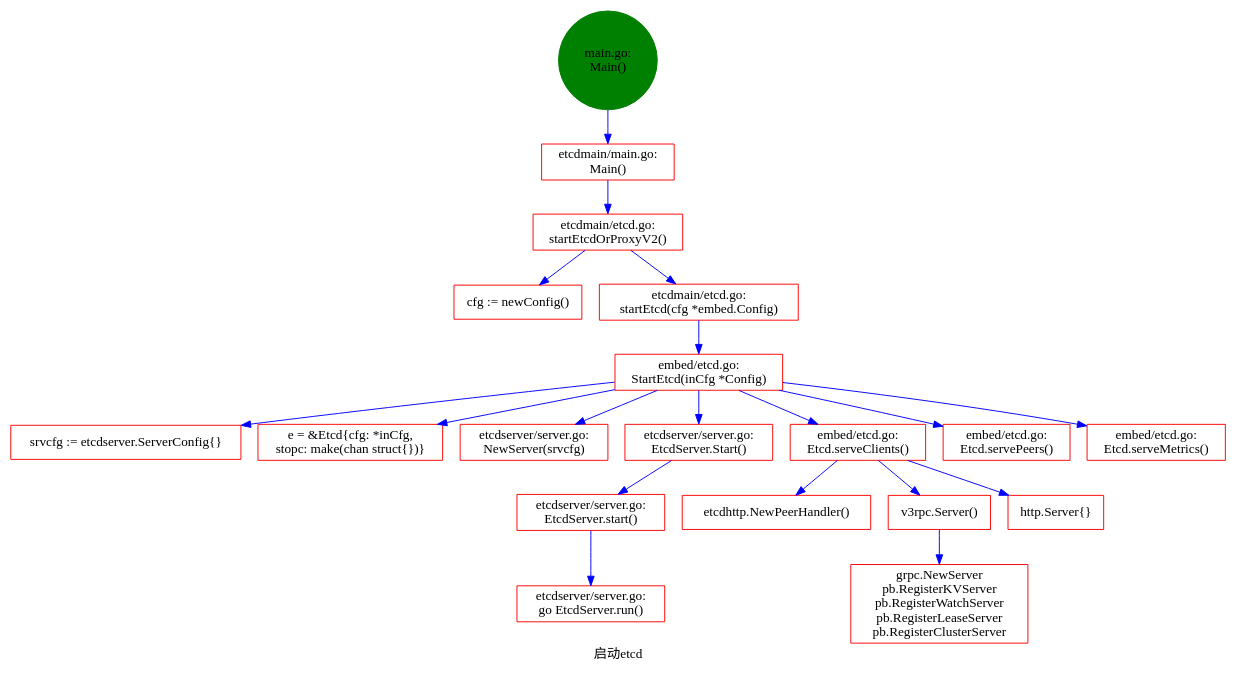
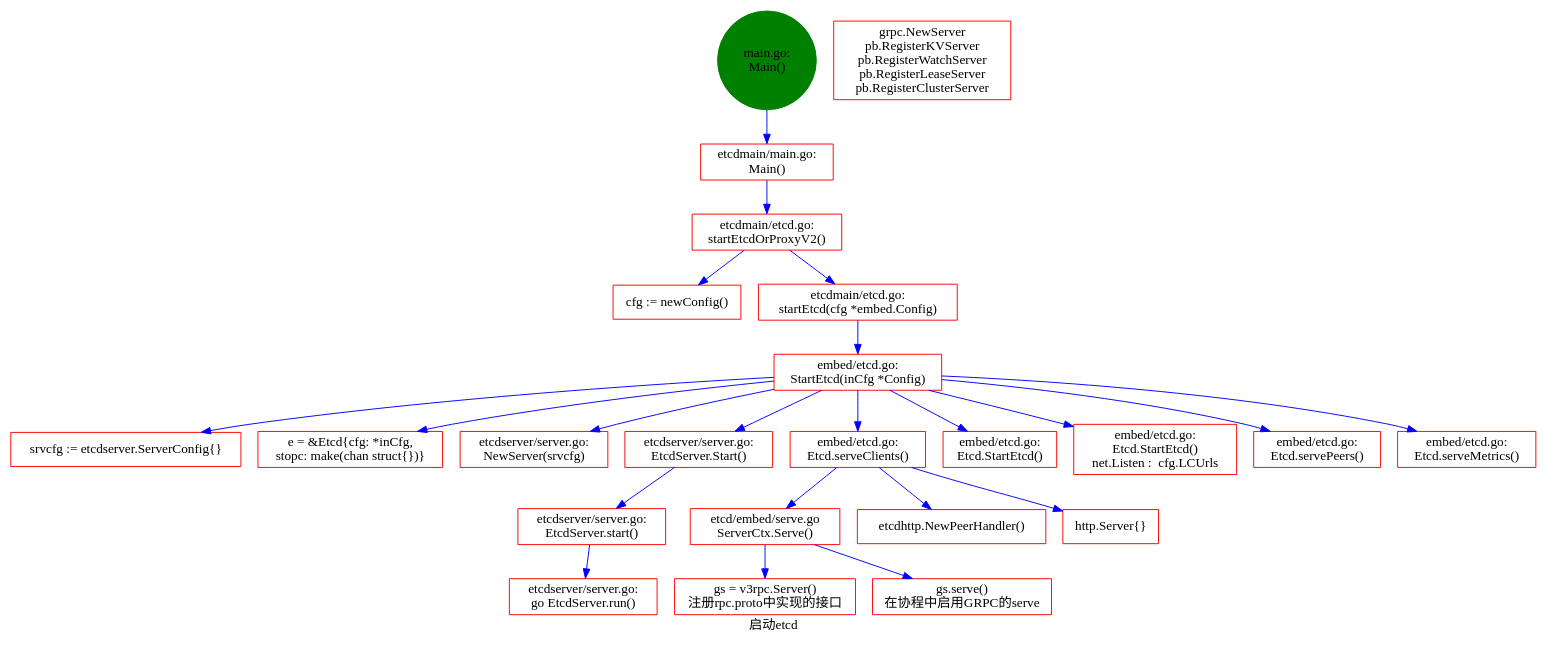
The diagram in etcd/images/etcd_dot/etcd_start.gv (wyg031113/plearn), drawn with Graphviz before and after one commit. The commit also changed 3 other files, not shown here.

```diff
--- a/etcd/images/etcd_dot/etcd_start.gv
+++ b/etcd/images/etcd_dot/etcd_start.gv
@@ -1,35 +1,41 @@
 digraph start {
     graph [fontname="SimHei"]
     node [shape=box, fontname="Microsoft Yahei" color=red]
     edge [color=blue]
     label="启动etcd"
     rankdir="TB"
     
     main [label="main.go:\n Main()" shape=circle style=filled color=green]
     
     etcdmain_main               [label="etcdmain/main.go:\n Main()"]
     etcdmain_startEtcdProxy     [label="etcdmain/etcd.go:\n startEtcdOrProxyV2()"]
     svrcfg                      [label="cfg := newConfig()"]
     etcdcfg                     [label="srvcfg := etcdserver.ServerConfig{}"]
     etcdmain_StartEtcd          [label="etcdmain/etcd.go:\n startEtcd(cfg *embed.Config)"]
     embed_StartEtcd             [label="embed/etcd.go:\n StartEtcd(inCfg *Config)"]
     embed_Etcd                  [label="e = &Etcd{cfg: *inCfg, \nstopc: make(chan struct{})}"]
     etcdserver_new              [label="etcdserver/server.go:\n NewServer(srvcfg)"]
     etcdserver_Start            [label="etcdserver/server.go:\n EtcdServer.Start()"]
     etcdserver_start            [label="etcdserver/server.go:\n EtcdServer.start()"]
     etcdserver_run              [label="etcdserver/server.go:\n go EtcdServer.run()"]
     serve_client                [label="embed/etcd.go:\n Etcd.serveClients()"]
     rpc_svr                     [label="grpc.NewServer\n pb.RegisterKVServer\n pb.RegisterWatchServer\n pb.RegisterLeaseServer\n pb.RegisterClusterServer"]
+    configPearListener          [label="embed/etcd.go:\n Etcd.StartEtcd()"]
+    configClientListener        [label="embed/etcd.go:\n Etcd.StartEtcd() \n net.Listen :  cfg.LCUrls "]
+    ServerCtx                   [label="etcd/embed/serve.go\nServerCtx.Serve()"]
     
     etcdmain_startEtcdProxy->svrcfg
+    embed_StartEtcd->configPearListener
+    embed_StartEtcd->configClientListener
     embed_StartEtcd->etcdcfg
     embed_StartEtcd->etcdserver_new
     embed_StartEtcd->embed_Etcd
     
     main->etcdmain_main->etcdmain_startEtcdProxy->etcdmain_StartEtcd->embed_StartEtcd->etcdserver_Start->etcdserver_start->etcdserver_run
     embed_StartEtcd->"embed/etcd.go:\n Etcd.servePeers()"
     embed_StartEtcd->serve_client->"etcdhttp.NewPeerHandler()"
-    serve_client->"v3rpc.Server()"->rpc_svr
+    serve_client->ServerCtx -> "gs = v3rpc.Server()\n注册rpc.proto中实现的接口"
+    ServerCtx->"gs.serve()\n在协程中启用GRPC的serve"
     serve_client->"http.Server{}"
     embed_StartEtcd->"embed/etcd.go:\n Etcd.serveMetrics()"
 }
```
